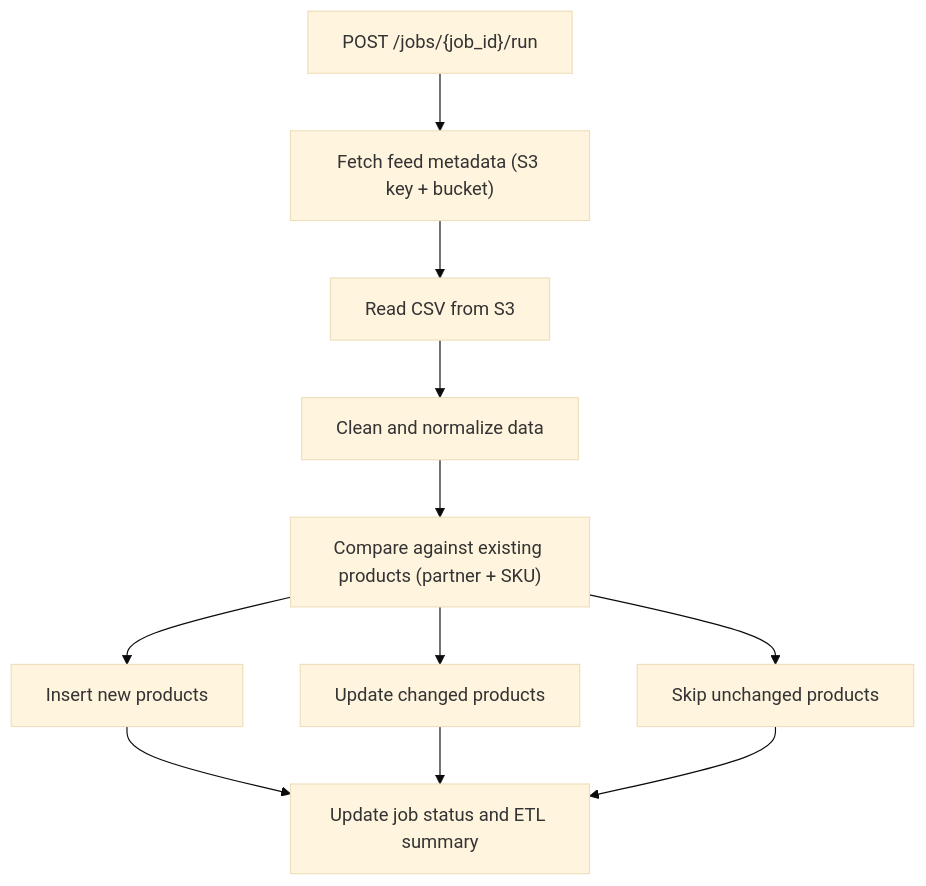
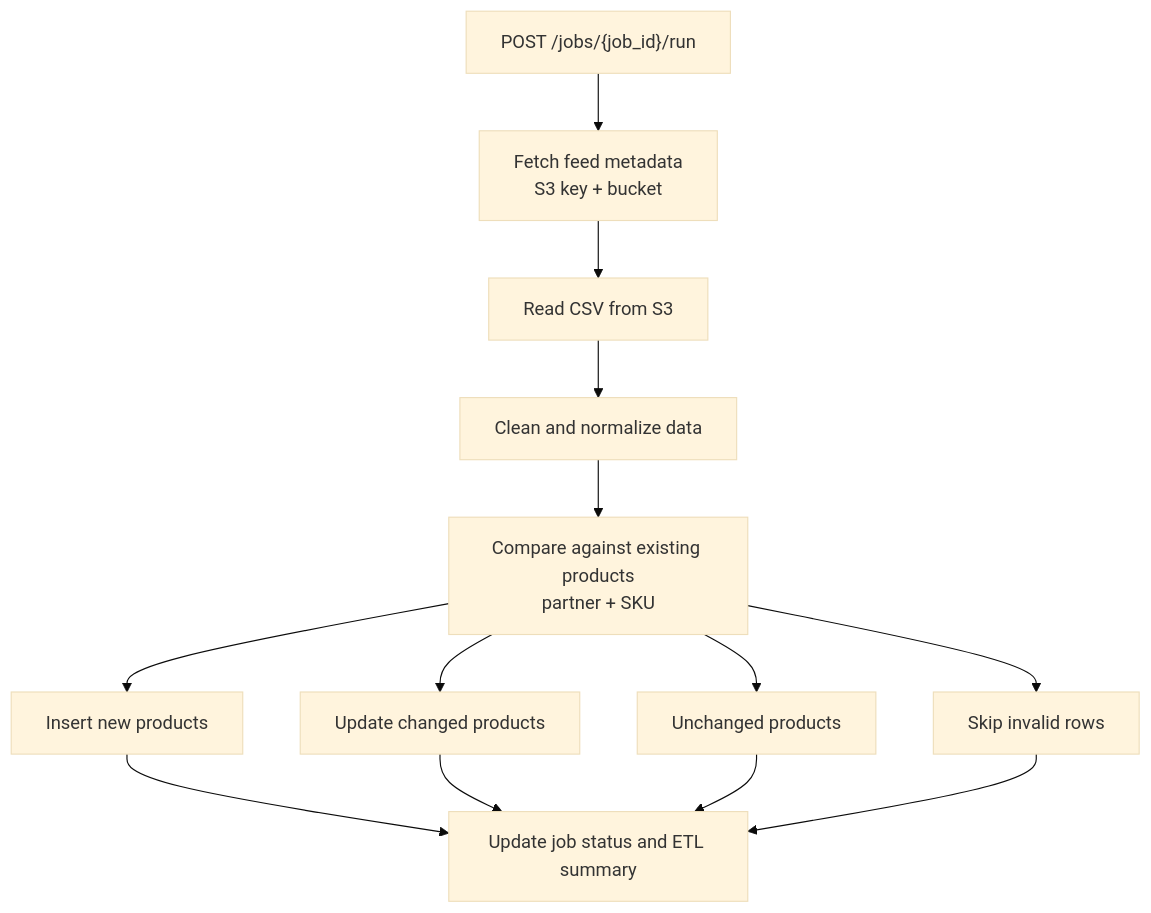
One commit to rayajose/writing-portfolio changed the third of 5 diagrams in docs/api/architecture.md. Above: the diagram before and after it, drawn with Mermaid (base theme). The commit also changed other lines of this file, not shown here.

````diff
--- a/docs/api/architecture.md
+++ b/docs/api/architecture.md
@@ -183,13 +216,17 @@
 ```mermaid
 flowchart TD
-    A["POST /jobs/{job_id}/run"] --> B["Fetch feed metadata (S3 key + bucket)"]
+    A["POST /jobs/{job_id}/run"] --> B["Fetch feed metadata<br>S3 key + bucket"]
     B --> C["Read CSV from S3"]
     C --> D["Clean and normalize data"]
-    D --> E["Compare against existing products (partner + SKU)"]
+    D --> E["Compare against existing products<br>partner + SKU"]
+
     E --> F["Insert new products"]
     E --> G["Update changed products"]
-    E --> H["Skip unchanged products"]
-    F --> I["Update job status and ETL summary"]
-    G --> I
-    H --> I
+    E --> H["Unchanged products"]
+    E --> I["Skip invalid rows"]
+
+    F --> J["Update job status and ETL summary"]
+    G --> J
+    H --> J
+    I --> J
 ```
````
